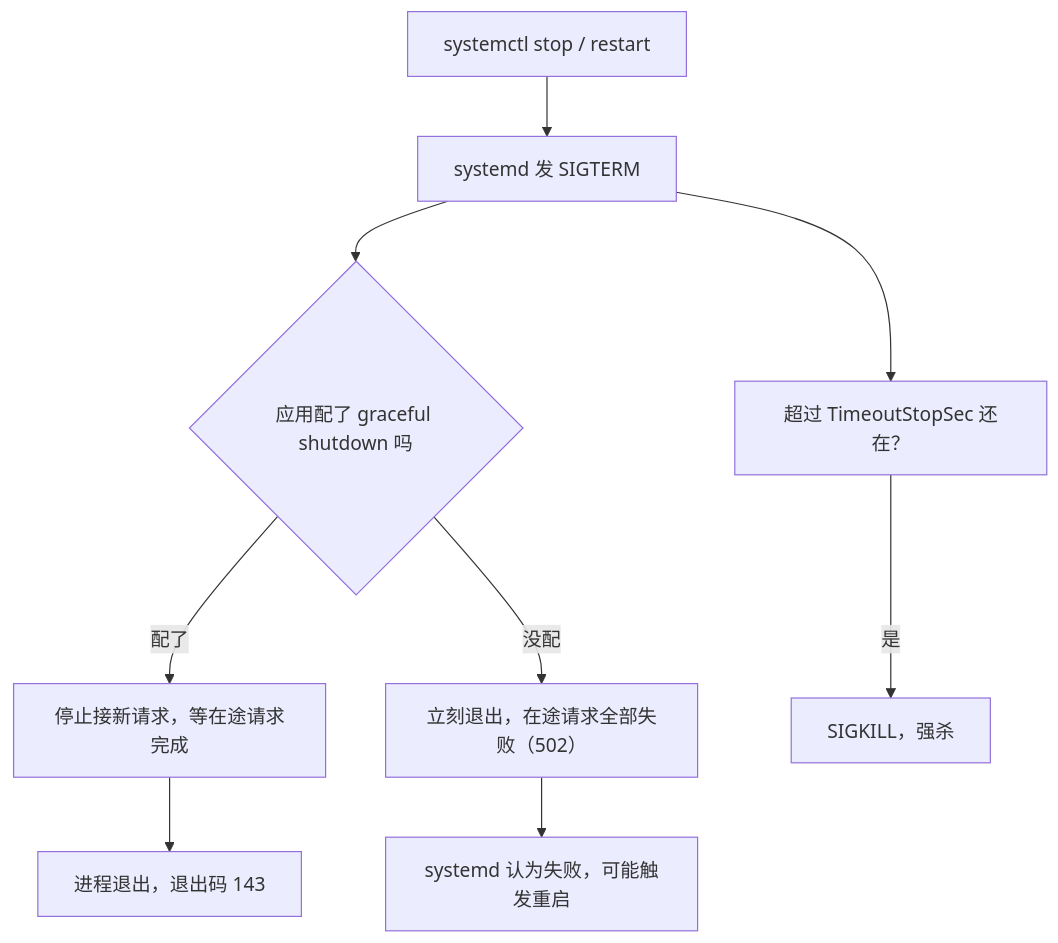
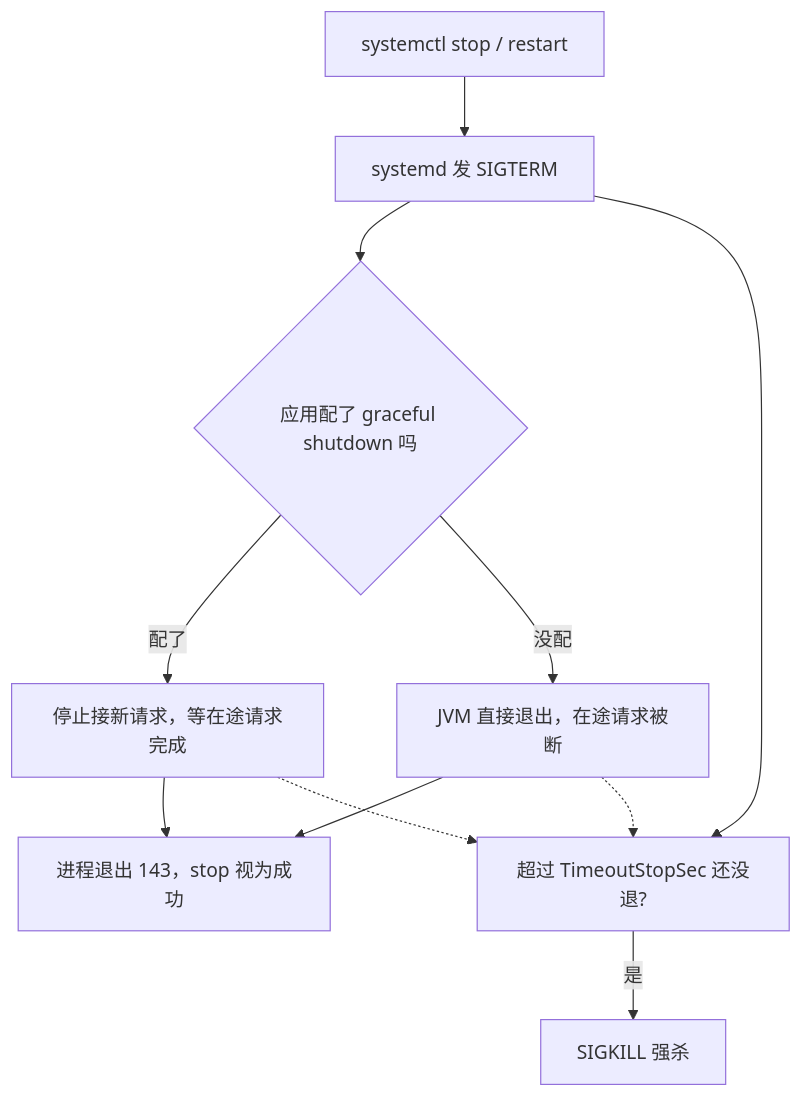
The diagram in content/reading/ops/03-systemd把jar变成服务.md (xiaou61/Paideia), drawn with Mermaid before and after one commit. The commit also changed other lines of this file and 3 other files, not shown here.

````diff
--- a/content/reading/ops/03-systemd把jar变成服务.md
+++ b/content/reading/ops/03-systemd把jar变成服务.md
@@ -46,11 +100,13 @@
 ```mermaid
 flowchart TB
   A["systemctl stop / restart"] --> B["systemd 发 SIGTERM"]
   B --> C{"应用配了 graceful shutdown 吗"}
   C -->|配了| D["停止接新请求，等在途请求完成"]
-  C -->|没配| E["立刻退出，在途请求全部失败（502）"]
-  D --> F["进程退出，退出码 143"]
-  E --> G["systemd 认为失败，可能触发重启"]
-  B --> H["超过 TimeoutStopSec 还在？"]
-  H -->|是| I["SIGKILL，强杀"]
+  C -->|没配| E["JVM 直接退出，在途请求被断"]
+  D --> F["进程退出 143，stop 视为成功"]
+  E --> F
+  B --> G["超过 TimeoutStopSec 还没退?"]
+  G -->|是| H["SIGKILL 强杀"]
+  D -.-> G
+  E -.-> G
 ```
````
